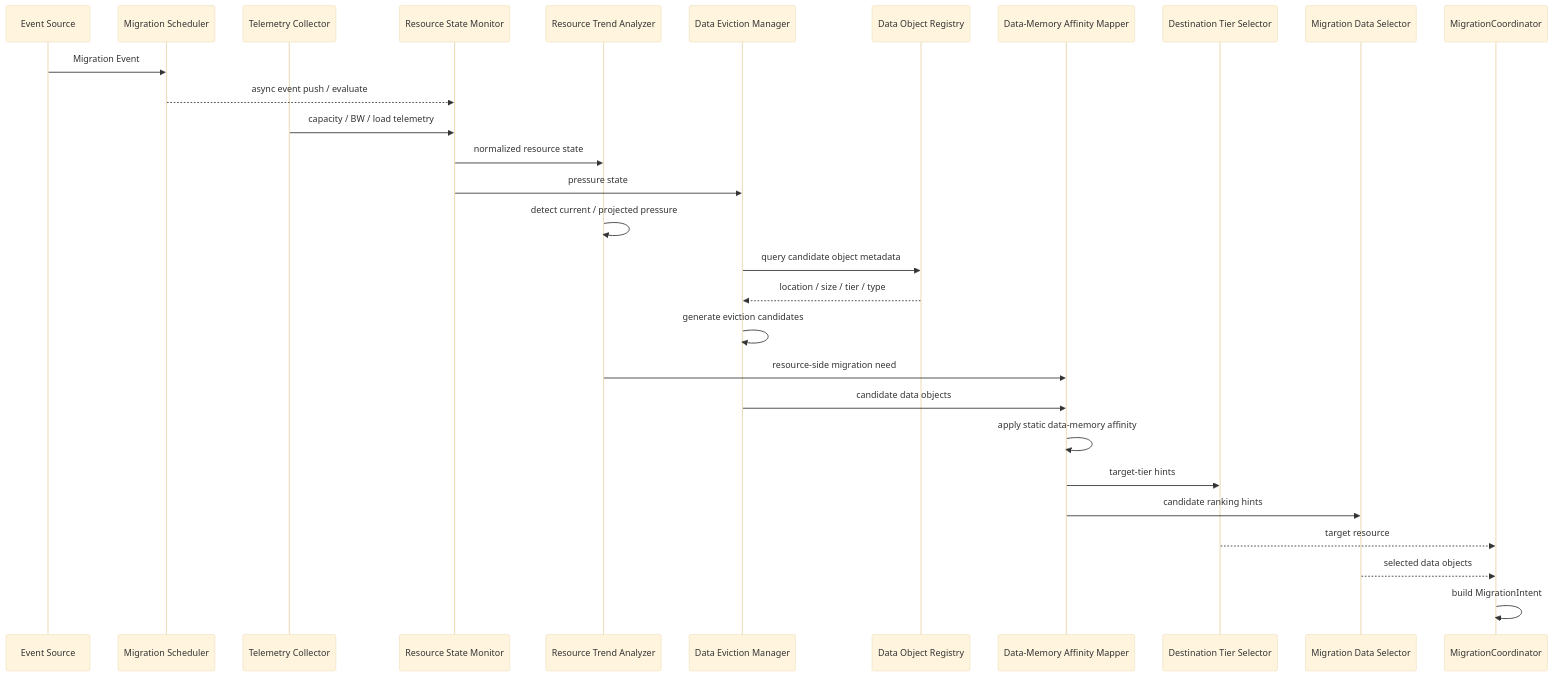
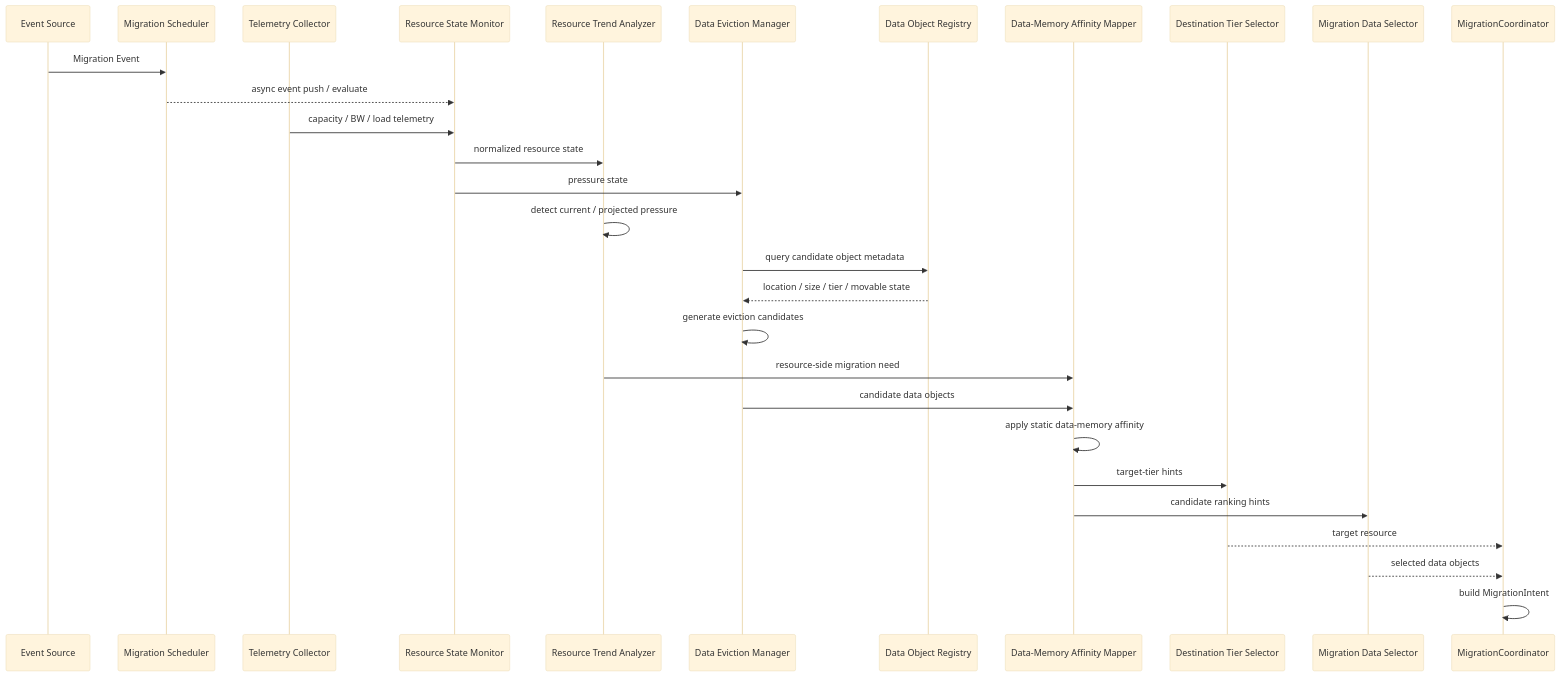
The second of 4 diagrams in doc-mk/DP1/dp1-ai-data-migration-decision-architecture.md (mkim0628/vllm), drawn with Mermaid (base theme) before and after one commit. The commit also changed other lines of this file, not shown here.

```diff
--- a/doc-mk/DP1/dp1-ai-data-migration-decision-architecture.md
+++ b/doc-mk/DP1/dp1-ai-data-migration-decision-architecture.md
@@ -647,38 +702,38 @@
 ~~~mermaid
 sequenceDiagram
     participant E as Event Source
     participant MS as Migration Scheduler
     participant TC as Telemetry Collector
     participant RSM as Resource State Monitor
     participant RTA as Resource Trend Analyzer
     participant DEM as Data Eviction Manager
     participant DOR as Data Object Registry
     participant AM as Data-Memory Affinity Mapper
     participant DTS as Destination Tier Selector
     participant MDS as Migration Data Selector
     participant MC as MigrationCoordinator
 
     E->>MS: Migration Event
     MS-->>RSM: async event push / evaluate
 
     TC->>RSM: capacity / BW / load telemetry
     RSM->>RTA: normalized resource state
     RSM->>DEM: pressure state
 
     RTA->>RTA: detect current / projected pressure
 
     DEM->>DOR: query candidate object metadata
-    DOR-->>DEM: location / size / tier / type
+    DOR-->>DEM: location / size / tier / movable state
     DEM->>DEM: generate eviction candidates
 
     RTA->>AM: resource-side migration need
     DEM->>AM: candidate data objects
     AM->>AM: apply static data-memory affinity
 
     AM->>DTS: target-tier hints
     AM->>MDS: candidate ranking hints
 
     DTS-->>MC: target resource
     MDS-->>MC: selected data objects
     MC->>MC: build MigrationIntent
 ~~~
```
